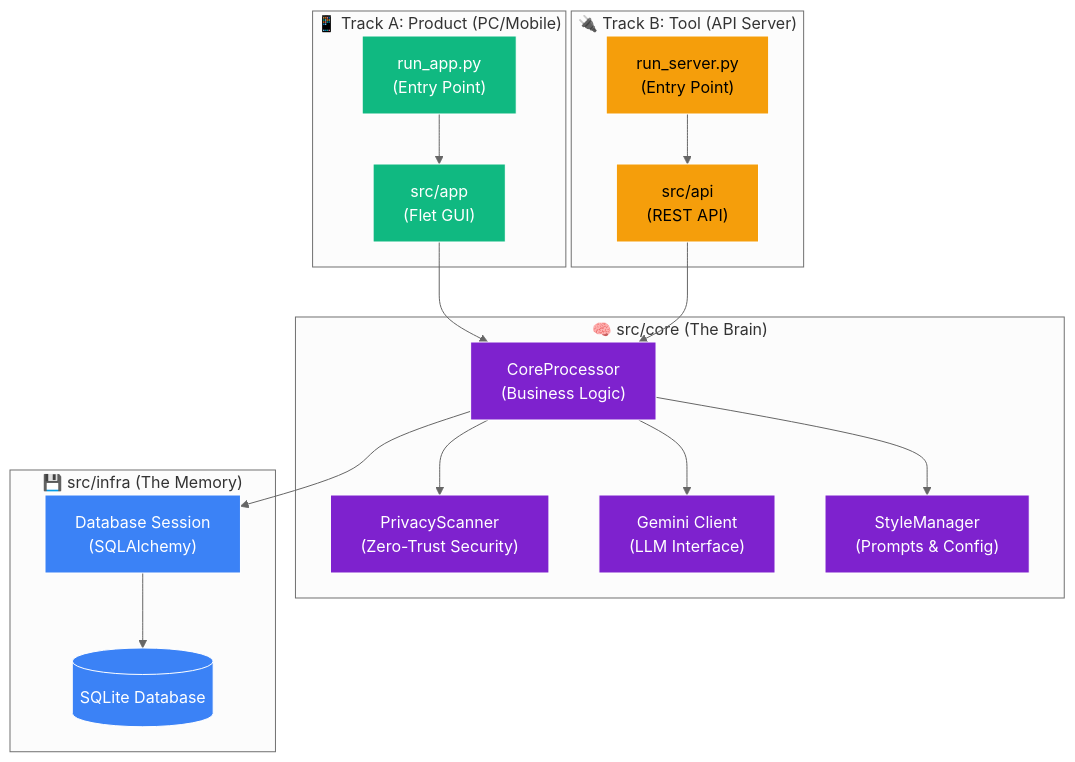
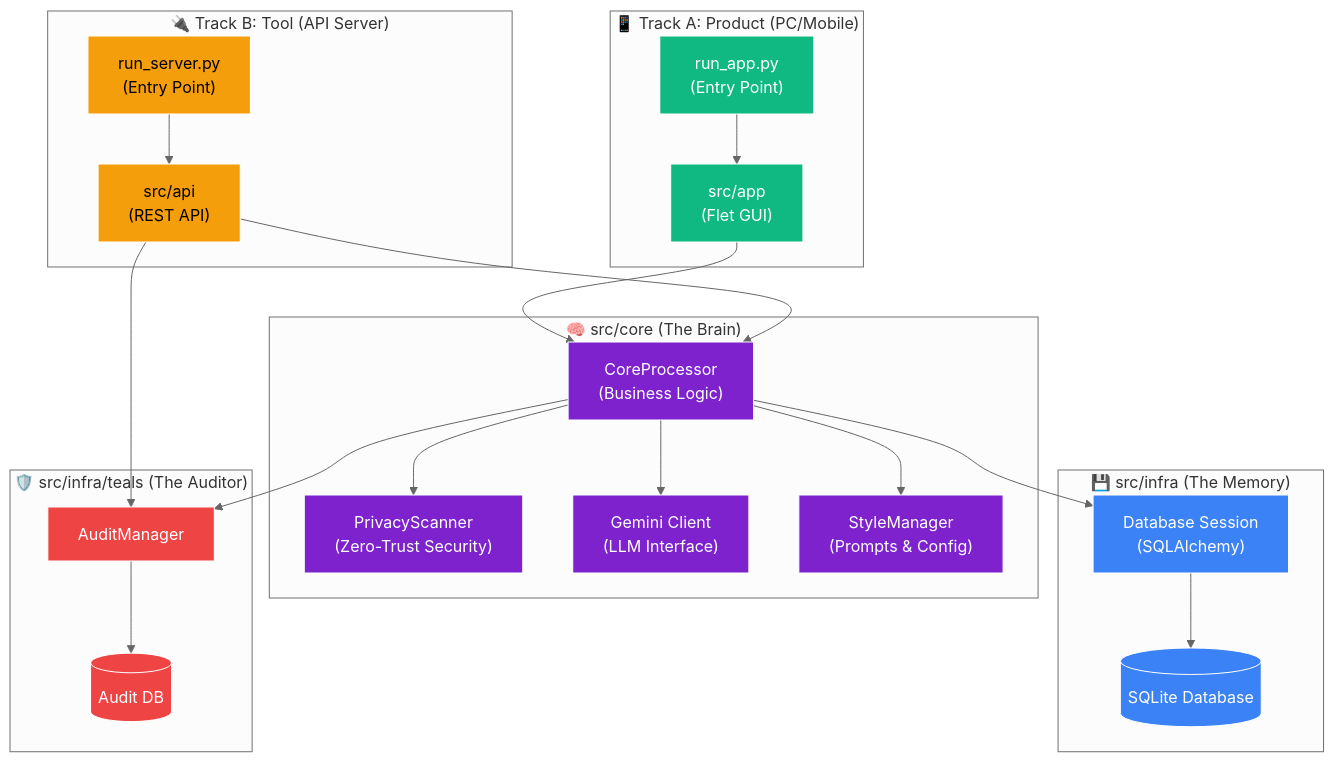
Before and after one commit to laihuip001/Flow: the diagram in ARCHITECTURE.md, drawn with Mermaid (neutral theme). The commit also changed other lines of this file and 27 other files, not shown here.

````diff
--- a/ARCHITECTURE.md
+++ b/ARCHITECTURE.md
@@ -9,58 +9,73 @@
 ```mermaid
 graph TD
     %% ==========================
     %% 1. THE BRAIN (Shared Core)
     %% ==========================
     subgraph "🧠 src/core (The Brain)"
         Processor["CoreProcessor<br>(Business Logic)"]
         Privacy["PrivacyScanner<br>(Zero-Trust Security)"]
         Gemini["Gemini Client<br>(LLM Interface)"]
         Styles["StyleManager<br>(Prompts & Config)"]
     end
 
     %% ==========================
     %% 2. THE MEMORY (Infrastructure)
     %% ==========================
     subgraph "💾 src/infra (The Memory)"
         DB[(SQLite Database)]
         Session["Database Session<br>(SQLAlchemy)"]
     end
 
     %% ==========================
     %% 3. THE INTERFACES (Tracks)
     %% ==========================
     subgraph "📱 Track A: Product (PC/Mobile)"
         AppMain["run_app.py<br>(Entry Point)"]
         FletUI["src/app<br>(Flet GUI)"]
     end
 
     subgraph "🔌 Track B: Tool (API Server)"
         ServerMain["run_server.py<br>(Entry Point)"]
         FastAPI["src/api<br>(REST API)"]
     end
+    
+    %% ==========================
+    %% 4. THE AUDITOR (TEALS)
+    %% ==========================
+    subgraph "🛡️ src/infra/teals (The Auditor)"
+        AuditManager["AuditManager"]
+        AuditDB[(Audit DB)]
+    end
 
     %% --- CONNECTIONS ---
     AppMain --> FletUI
     ServerMain --> FastAPI
 
     FletUI --> Processor
     FastAPI --> Processor
 
     Processor --> Privacy
     Processor --> Gemini
     Processor --> Styles
     
     Processor --> Session
     Session --> DB
+    
+    %% Audit Connections
+    Processor --> AuditManager
+    AuditManager --> AuditDB
+    FastAPI --> AuditManager
 
     %% Styles
     classDef core fill:#7e22ce,stroke:#fff,color:#fff;
     classDef infra fill:#3b82f6,stroke:#fff,color:#fff;
     classDef app fill:#10b981,stroke:#fff,color:#fff;
     classDef api fill:#f59e0b,stroke:#fff,color:#000;
+    classDef audit fill:#ef4444,stroke:#fff,color:#fff;
 
     class Processor,Privacy,Gemini,Styles core;
     class DB,Session infra;
     class AppMain,FletUI app;
     class ServerMain,FastAPI api;
+    class AuditManager,AuditDB audit;
 ```
````
